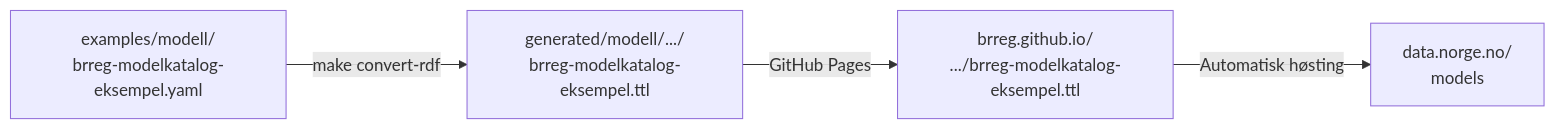
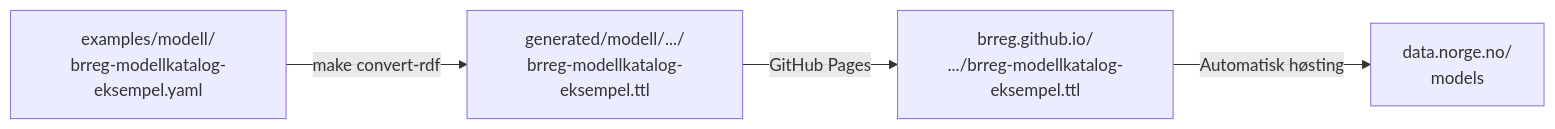
The diagram in mkdocs/docs/publisering-modell.md (brreg/linkml-datamodellering-no), drawn with Mermaid before and after one commit. The commit also changed other lines of this file and 31 other files, not shown here.

````diff
--- a/mkdocs/docs/publisering-modell.md
+++ b/mkdocs/docs/publisering-modell.md
@@ -12,6 +12,6 @@
 ```mermaid
 flowchart LR
-    A["examples/modell/\nbrreg-modelkatalog-eksempel.yaml"] -->|make convert-rdf| B["generated/modell/.../\nbrreg-modelkatalog-eksempel.ttl"]
-    B -->|GitHub Pages| C["brreg.github.io/\n.../brreg-modelkatalog-eksempel.ttl"]
+    A["examples/modell/\nbrreg-modellkatalog-eksempel.yaml"] -->|make convert-rdf| B["generated/modell/.../\nbrreg-modellkatalog-eksempel.ttl"]
+    B -->|GitHub Pages| C["brreg.github.io/\n.../brreg-modellkatalog-eksempel.ttl"]
     C -->|Automatisk høsting| D["data.norge.no/\nmodels"]
 ```
````
